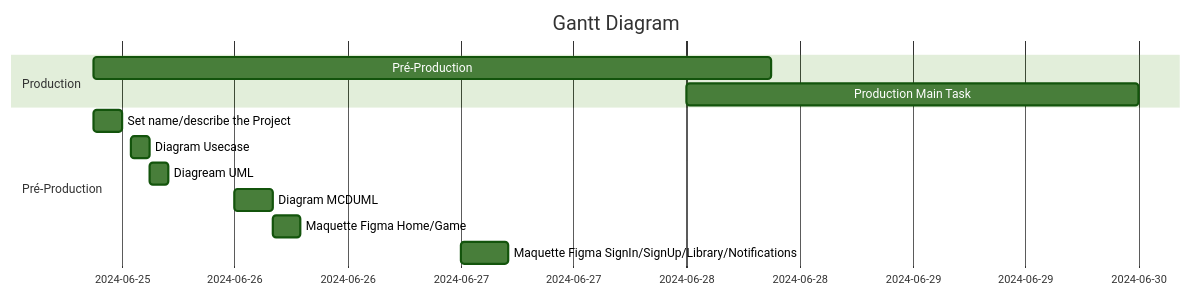
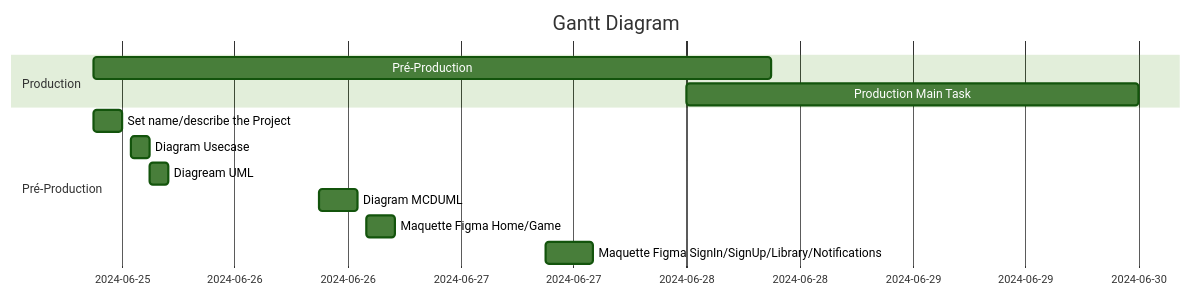
Before and after one commit to JameS-Gmz/api-Rest: the first of 3 diagrams in README.md, drawn with Mermaid (forest theme).

````diff
--- a/README.md
+++ b/README.md
@@ -48,15 +48,15 @@
 ```mermaid
 gantt
     title Gantt Diagram
     dateFormat YYYY-MM-DD
     section Production
         Pré-Production   :a1, 2024-06-25 9:00, 3d
         Production Main Task : 2024-06-28, 2d
     section Pré-Production
         Set name/describe the Project :2024-06-25 9:00, 3h
         Diagram Usecase  : 2024-06-25 13:00, 2h
         Diagream UML : 2024-06-25 15:00, 2h
-        Diagram MCDUML : 2024-06-26, 4h
-        Maquette Figma Home/Game : 3h
-        Maquette Figma SignIn/SignUp/Library/Notifications : 2024-06-27, 5h
+        Diagram MCDUML : 2024-06-26 9:00, 4h
+        Maquette Figma Home/Game : 2024-06-26 14:00, 3h
+        Maquette Figma SignIn/SignUp/Library/Notifications : 2024-06-27 9:00, 5h
 ```
````
